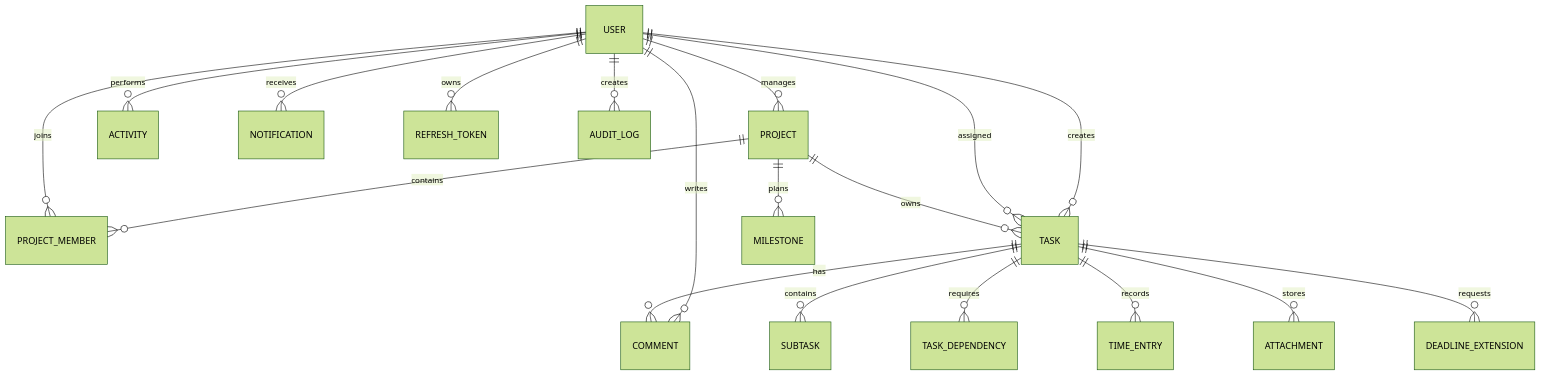
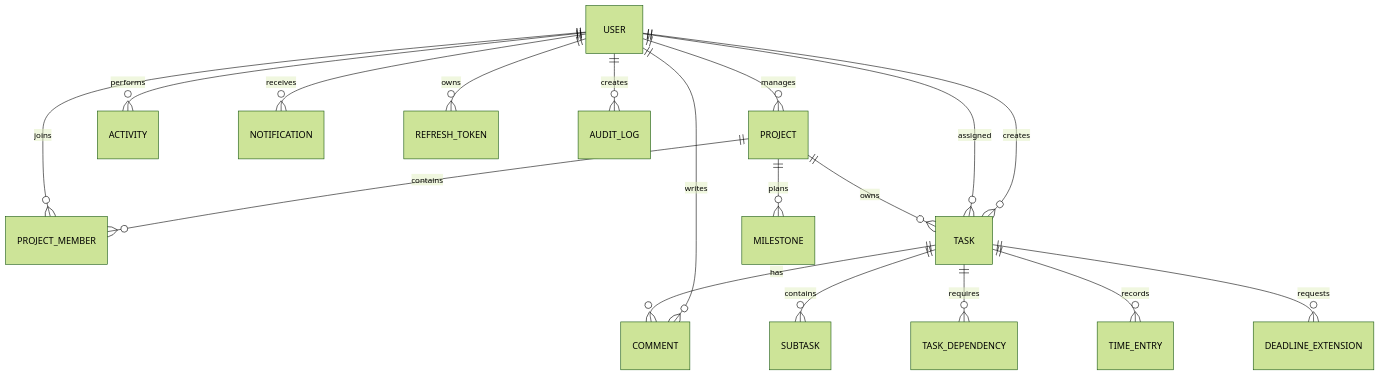
The second of 3 diagrams in docs/ARCHITECTURE.md (Waqar-743/Project-and-team-management-platform), drawn with Mermaid (forest theme) before and after one commit. The commit also changed 10 other files, not shown here.

````diff
--- a/docs/ARCHITECTURE.md
+++ b/docs/ARCHITECTURE.md
@@ -16,21 +16,20 @@
 ```mermaid
 erDiagram
   USER ||--o{ PROJECT : manages
   USER ||--o{ PROJECT_MEMBER : joins
   PROJECT ||--o{ PROJECT_MEMBER : contains
   PROJECT ||--o{ TASK : owns
   USER ||--o{ TASK : assigned
   USER ||--o{ TASK : creates
   TASK ||--o{ COMMENT : has
   USER ||--o{ COMMENT : writes
   USER ||--o{ ACTIVITY : performs
   USER ||--o{ NOTIFICATION : receives
   USER ||--o{ REFRESH_TOKEN : owns
   USER ||--o{ AUDIT_LOG : creates
   PROJECT ||--o{ MILESTONE : plans
   TASK ||--o{ SUBTASK : contains
   TASK ||--o{ TASK_DEPENDENCY : requires
   TASK ||--o{ TIME_ENTRY : records
-  TASK ||--o{ ATTACHMENT : stores
   TASK ||--o{ DEADLINE_EXTENSION : requests
 ```
````
